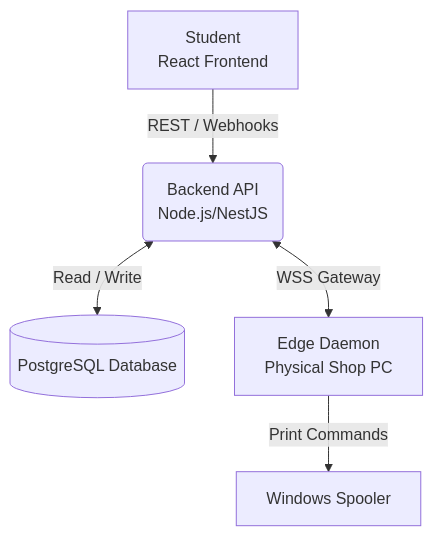
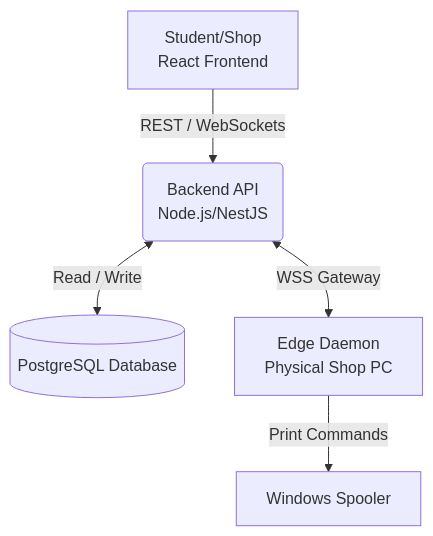
The diagram in README.md (JudeeeeeV/printflow-backend), drawn with Mermaid before and after one commit. The commit also changed other lines of this file, not shown here.

````diff
--- a/README.md
+++ b/README.md
@@ -28,7 +28,7 @@
 ```mermaid
 graph TD
-    S[Student<br/>React Frontend] -->|REST / Webhooks| B(Backend API<br/>Node.js/NestJS)
+    S[Student/Shop<br/>React Frontend] -->|REST / WebSockets| B(Backend API<br/>Node.js/NestJS)
     B <-->|Read / Write| DB[(PostgreSQL Database)]
     B <-->|WSS Gateway| E[Edge Daemon<br/>Physical Shop PC]
     E -->|Print Commands| W[Windows Spooler]
 ```
````
